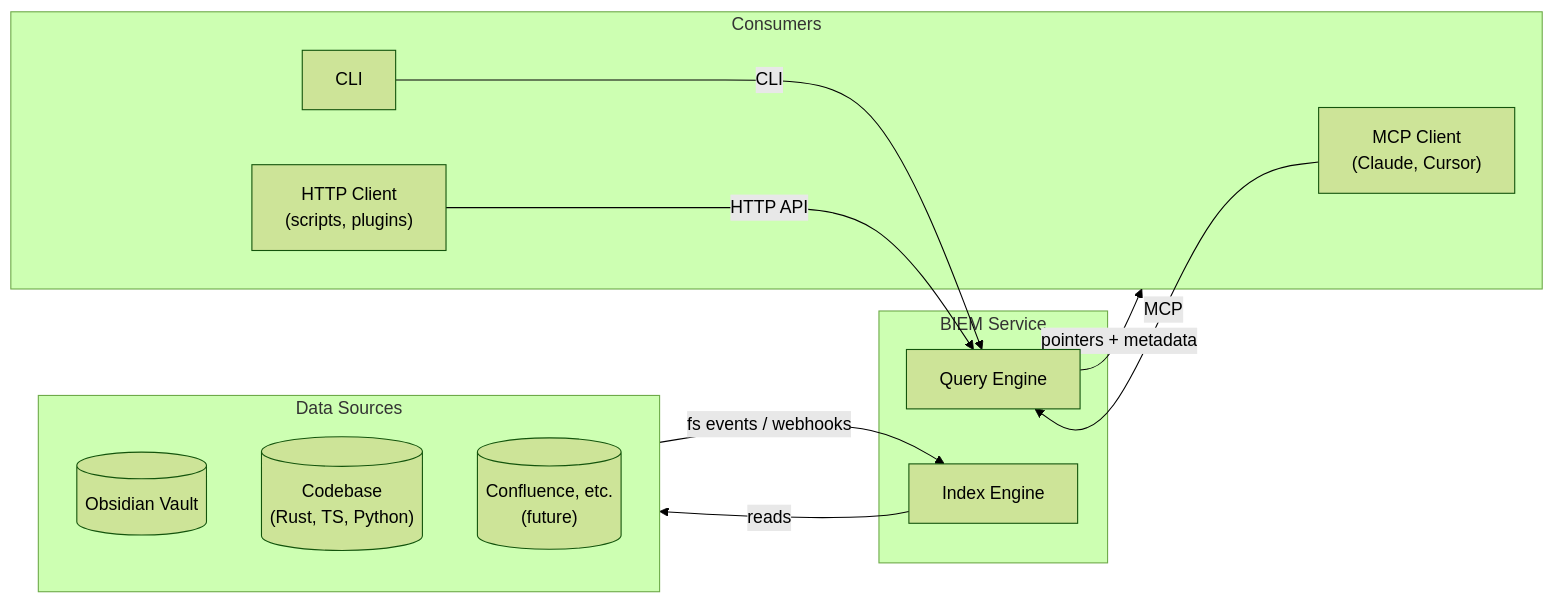
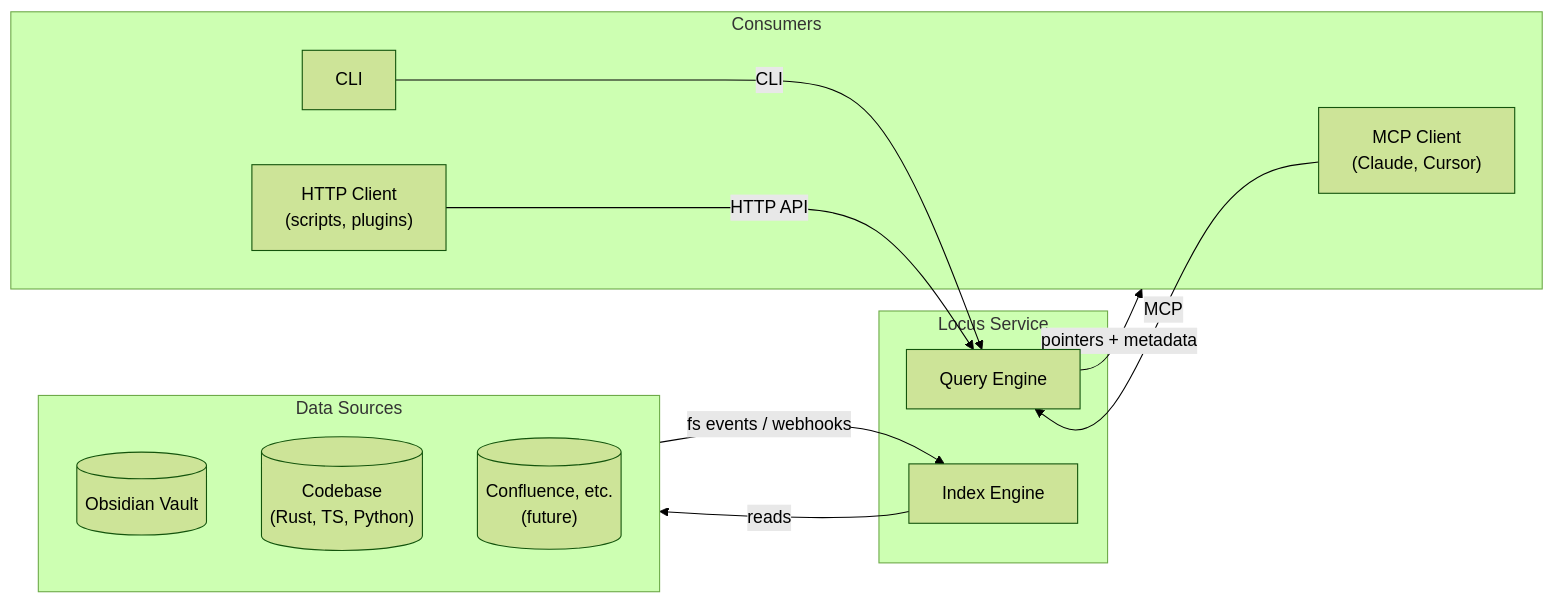
Before and after one commit to locusd-ai/locus: the first of 9 diagrams in docs/architecture/001-system-overview.md, drawn with Mermaid (forest theme). The commit also changed other lines of this file and 147 other files, not shown here.

First line of the commit message:
chore: rename project from BIEM to Locus/locusd

````diff
--- a/docs/architecture/001-system-overview.md
+++ b/docs/architecture/001-system-overview.md
@@ -25,28 +25,28 @@
 ```mermaid
 graph LR
     subgraph Sources["Data Sources"]
         OV[("Obsidian Vault")]
         CS[("Codebase<br/>(Rust, TS, Python)")]
         OTHER[("Confluence, etc.<br/>(future)")]
     end
 
-    subgraph BIEM["BIEM Service"]
+    subgraph BIEM["Locus Service"]
         IDX["Index Engine"]
         QE["Query Engine"]
     end
 
     subgraph Consumers["Consumers"]
         MCP_C["MCP Client<br/>(Claude, Cursor)"]
         CLI_C["CLI"]
         API_C["HTTP Client<br/>(scripts, plugins)"]
     end
 
     Sources -- "fs events / webhooks" --> IDX
     IDX -- "reads" --> Sources
 
     MCP_C -- "MCP" --> QE
     CLI_C -- "CLI" --> QE
     API_C -- "HTTP API" --> QE
 
     QE -- "pointers + metadata" --> Consumers
 ```
````
